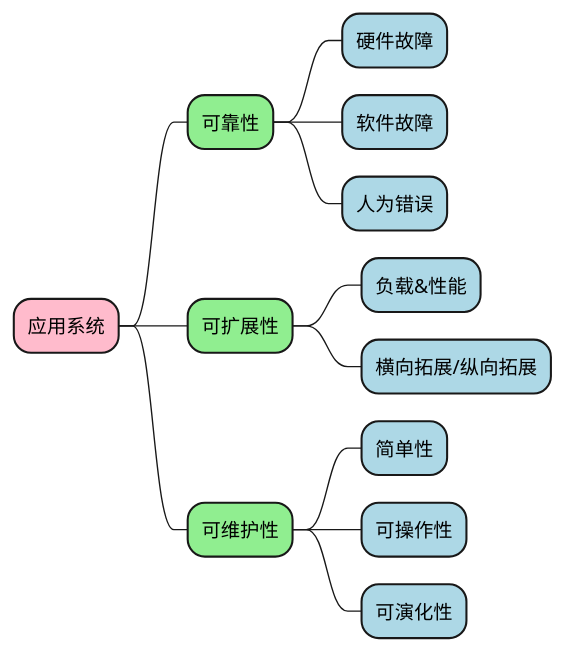
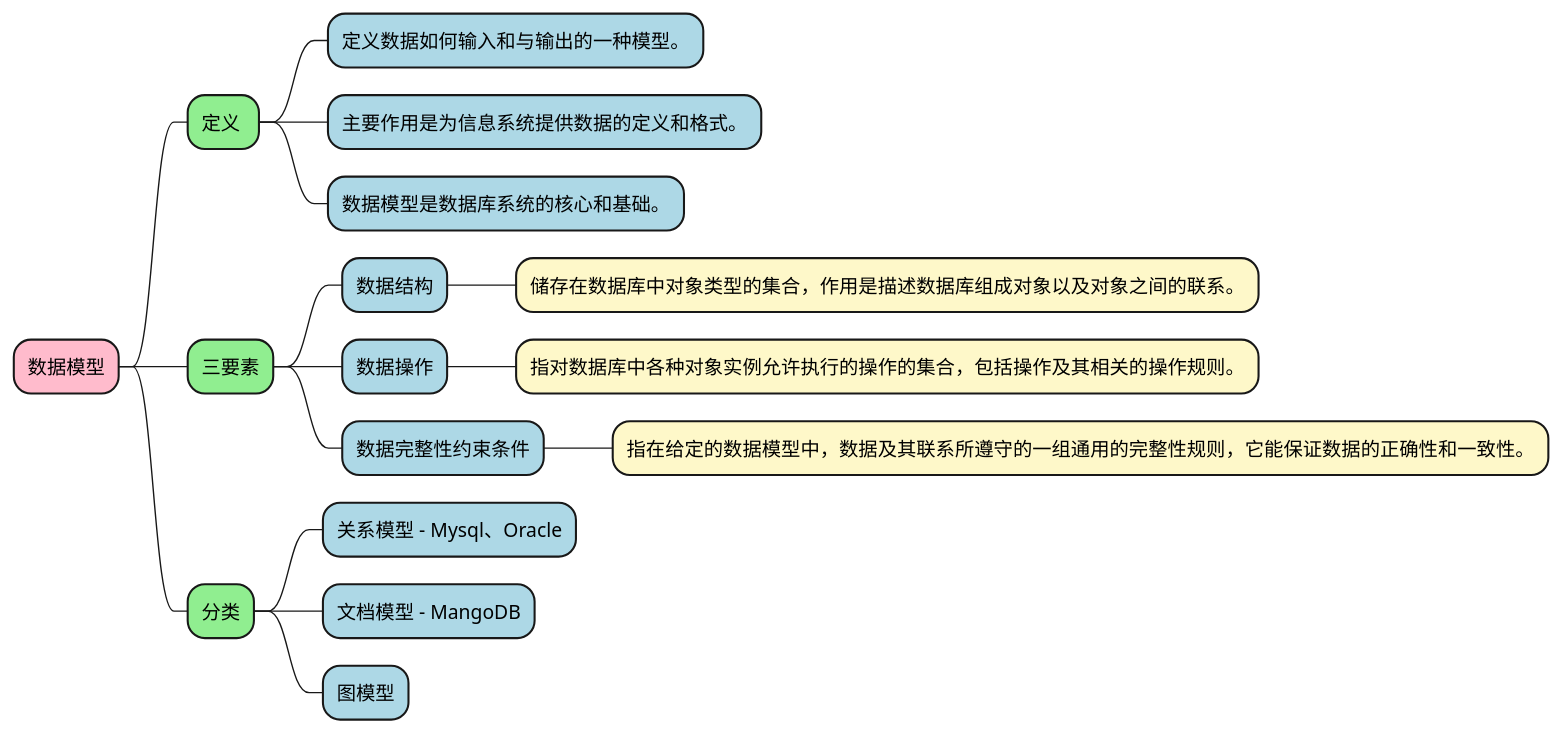
Before and after one commit to rameosu/ddia: the third of 5 diagrams in slides.md, drawn with PlantUML. The commit also changed other lines of this file and 7 other files, not shown here.

````diff
--- a/slides.md
+++ b/slides.md
@@ -154,36 +341,42 @@
-```plantuml
+```plantuml 
 @startmindmap
 <style>
 mindmapDiagram {
     node {
         BackgroundColor #FFBBCC
     }
     :depth(1) {
       BackGroundColor lightGreen
     }
     :depth(2) {
       BackGroundColor lightBlue
     }
+    :depth(3) {
+      BackGroundColor #fef8c9
+    }
 }
 </style>
 
-* 应用系统
+* 数据模型
 
 right side
 
-** 可靠性
-*** 硬件故障
-*** 软件故障
-*** 人为错误
+** 定义 
+*** 定义数据如何输入和与输出的一种模型。
+*** 主要作用是为信息系统提供数据的定义和格式。
+*** 数据模型是数据库系统的核心和基础。
+** 三要素
+*** 数据结构
+**** 储存在数据库中对象类型的集合，作用是描述数据库组成对象以及对象之间的联系。
+*** 数据操作
+**** 指对数据库中各种对象实例允许执行的操作的集合，包括操作及其相关的操作规则。
+*** 数据完整性约束条件
+**** 指在给定的数据模型中，数据及其联系所遵守的一组通用的完整性规则，它能保证数据的正确性和一致性。
 
-** 可扩展性
-*** 负载&性能
-*** 横向拓展/纵向拓展
-
-** 可维护性
-*** 简单性
-*** 可操作性
-*** 可演化性
+** 分类
+*** 关系模型 - Mysql、Oracle
+*** 文档模型 - MangoDB
+*** 图模型
 
 @endmindmap
 ```
````
